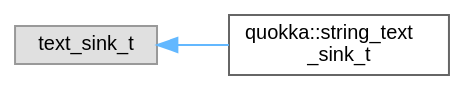
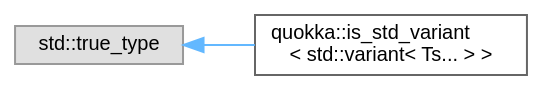
One commit to quarkslab/quokka changed the diagram in reference/cpp/inherit_graph_39.dot. Above: the diagram before and after it, drawn with Graphviz. The commit also changed 89 other files, not shown here.

```diff
--- a/reference/cpp/inherit_graph_39.dot
+++ b/reference/cpp/inherit_graph_39.dot
@@ -1,11 +1,11 @@
 digraph "Graphical Class Hierarchy"
 {
  // LATEX_PDF_SIZE
   bgcolor="transparent";
   edge [fontname=Helvetica,fontsize=10,labelfontname=Helvetica,labelfontsize=10];
   node [fontname=Helvetica,fontsize=10,shape=box,height=0.2,width=0.4];
   rankdir="LR";
-  Node0 [id="Node000000",label="text_sink_t",height=0.2,width=0.4,color="grey60", fillcolor="#E0E0E0", style="filled",tooltip=" "];
+  Node0 [id="Node000000",label="std::true_type",height=0.2,width=0.4,color="grey60", fillcolor="#E0E0E0", style="filled",tooltip=" "];
   Node0 -> Node1 [id="edge29_Node000000_Node000001",dir="back",color="steelblue1",style="solid",tooltip=" "];
-  Node1 [id="Node000001",label="quokka::string_text\l_sink_t",height=0.2,width=0.4,color="grey40", fillcolor="white", style="filled",URL="$classquokka_1_1string__text__sink__t.html",tooltip=" "];
+  Node1 [id="Node000001",label="quokka::is_std_variant\l\< std::variant\< Ts... \> \>",height=0.2,width=0.4,color="grey40", fillcolor="white", style="filled",URL="$structquokka_1_1is__std__variant_3_01std_1_1variant_3_01Ts_8_8_8_01_4_01_4.html",tooltip=" "];
 }
```
